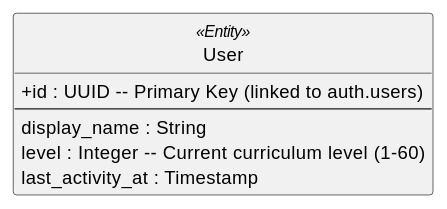
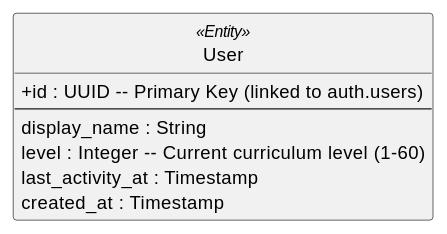
One commit to anhtranguyen-github/Hanachan changed the diagram in docs/er/user-er.md. Above: the diagram before and after it, drawn with PlantUML. The commit also changed other lines of this file and 41 other files, not shown here.

````diff
--- a/docs/er/user-er.md
+++ b/docs/er/user-er.md
@@ -3,19 +3,23 @@
 ```plantuml
 @startuml
 skinparam packageStyle rectangle
 skinparam classAttributeIconSize 0
 hide circle
 
 ' ==========================================
 ' CENTRAL USER ENTITY
 ' ==========================================
 class User <<Entity>> {
   + id : UUID -- Primary Key (linked to auth.users)
   --
   display_name : String
   level : Integer -- Current curriculum level (1-60)
   last_activity_at : Timestamp
+  created_at : Timestamp
 }
+
+' Note: UserSettings table has been removed.
+' Settings are now handled via defaults and level-based logic.
 
 @enduml
 ```
````
